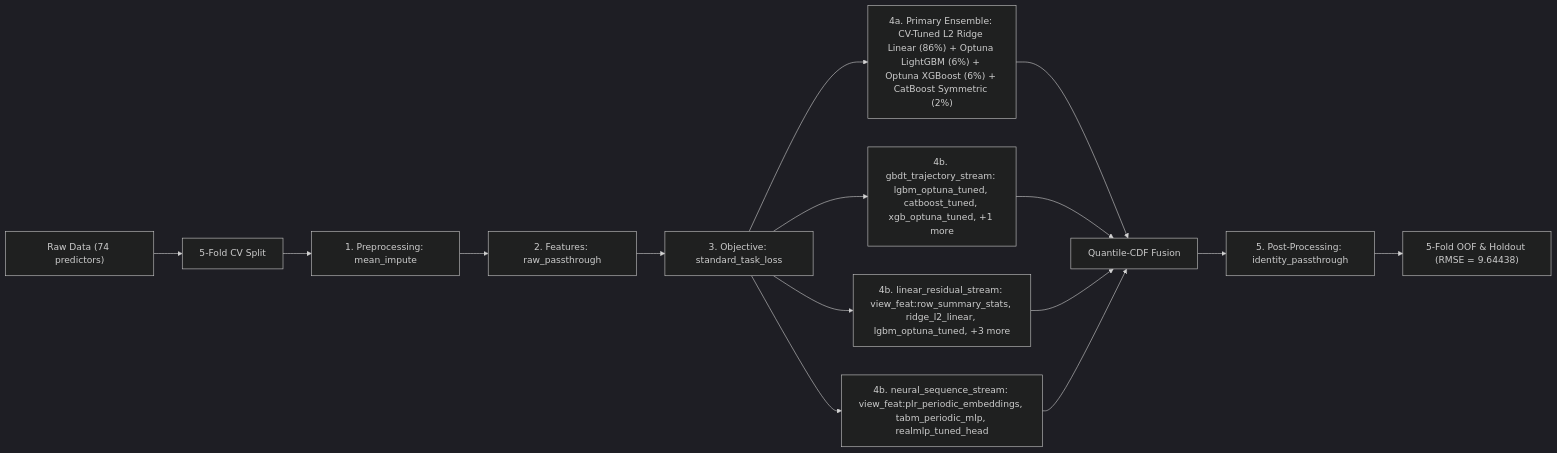
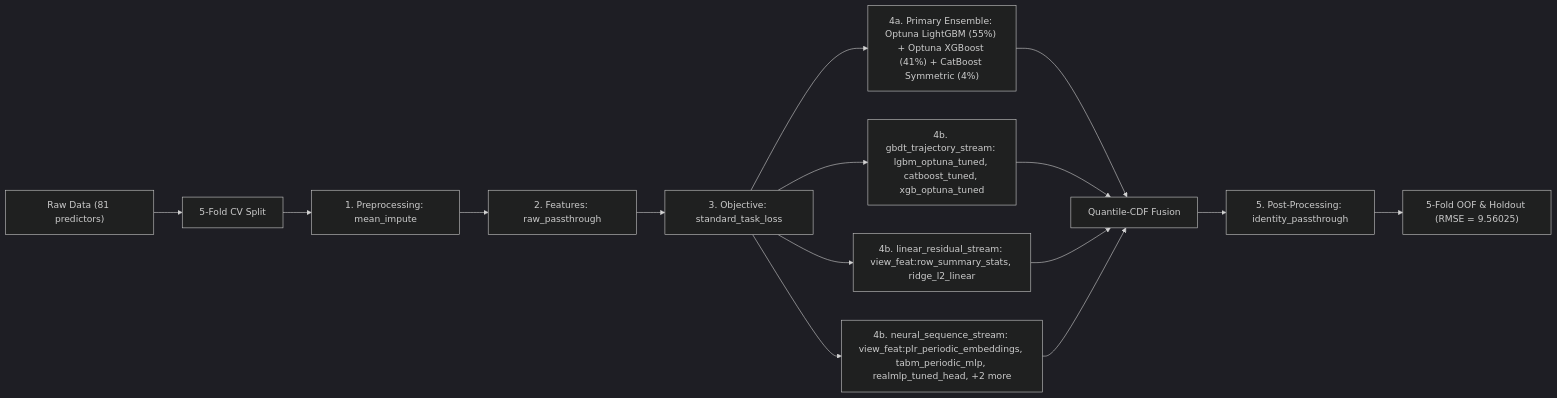
One commit to stefanoclss/ROGII-Wellbore-Geology-Prediction changed the diagram in README.md. Above: the diagram before and after it, drawn with Mermaid (dark theme). The commit also changed other lines of this file, not shown here.

First line of the commit message:
docs(readme): refresh verified OOF benchmark & build ledger (RMSE=9.56025)

````diff
--- a/README.md
+++ b/README.md
@@ -73,17 +71,17 @@
 ```mermaid
 flowchart LR
-    DATA["Raw Data (74 predictors)"] --> SPLIT["5-Fold CV Split"]
+    DATA["Raw Data (81 predictors)"] --> SPLIT["5-Fold CV Split"]
     SPLIT --> PRE["1. Preprocessing: mean_impute"]
     PRE --> FEAT["2. Features: raw_passthrough"]
     FEAT --> OBJ["3. Objective: standard_task_loss"]
-    OBJ --> M0["4a. Primary Ensemble: CV-Tuned L2 Ridge Linear (86%) + Optuna LightGBM (6%) + Optuna XGBoost (6%) + CatBoost Symmetric (2%)"]
+    OBJ --> M0["4a. Primary Ensemble: Optuna LightGBM (55%) + Optuna XGBoost (41%) + CatBoost Symmetric (4%)"]
     M0 --> FUSE["Quantile-CDF Fusion"]
-    OBJ --> S1["4b. gbdt_trajectory_stream: lgbm_optuna_tuned, catboost_tuned, xgb_optuna_tuned, +1 more"]
+    OBJ --> S1["4b. gbdt_trajectory_stream: lgbm_optuna_tuned, catboost_tuned, xgb_optuna_tuned"]
     S1 --> FUSE
-    OBJ --> S2["4b. linear_residual_stream: view_feat:row_summary_stats, ridge_l2_linear, lgbm_optuna_tuned, +3 more"]
+    OBJ --> S2["4b. linear_residual_stream: view_feat:row_summary_stats, ridge_l2_linear"]
     S2 --> FUSE
-    OBJ --> S3["4b. neural_sequence_stream: view_feat:plr_periodic_embeddings, tabm_periodic_mlp, realmlp_tuned_head"]
+    OBJ --> S3["4b. neural_sequence_stream: view_feat:plr_periodic_embeddings, tabm_periodic_mlp, realmlp_tuned_head, +2 more"]
     S3 --> FUSE
     FUSE --> POST["5. Post-Processing: identity_passthrough"]
-    POST --> OUT["5-Fold OOF & Holdout (RMSE = 9.64438)"]
+    POST --> OUT["5-Fold OOF & Holdout (RMSE = 9.56025)"]
 ```
````
